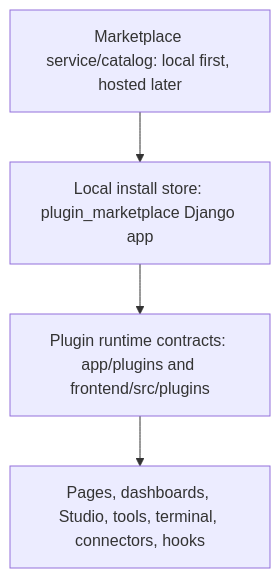
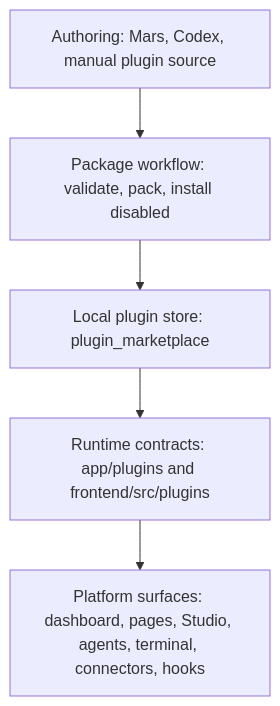
One commit to LLprod39/WebTerm changed the diagram in docs/architecture/PLUGIN_MARKETPLACE_IMPLEMENTATION_PLAN.md. Above: the diagram before and after it, drawn with Mermaid. The commit also changed other lines of this file and 258 other files, not shown here.

Commit message:
Implement self-hosted plugin extensions

````diff
--- a/docs/architecture/PLUGIN_MARKETPLACE_IMPLEMENTATION_PLAN.md
+++ b/docs/architecture/PLUGIN_MARKETPLACE_IMPLEMENTATION_PLAN.md
@@ -74,10 +105,13 @@
 ```mermaid
 flowchart TB
-    Runtime["Plugin runtime contracts: app/plugins and frontend/src/plugins"]
-    Store["Local install store: plugin_marketplace Django app"]
-    Market["Marketplace service/catalog: local first, hosted later"]
+    Author["Authoring: Mars, Codex, manual plugin source"]
+    Package["Package workflow: validate, pack, install disabled"]
+    Store["Local plugin store: plugin_marketplace"]
+    Runtime["Runtime contracts: app/plugins and frontend/src/plugins"]
+    Surfaces["Platform surfaces: dashboard, pages, Studio, agents, terminal, connectors, hooks"]
 
-    Market --> Store
+    Author --> Package
+    Package --> Store
     Store --> Runtime
-    Runtime --> Surfaces["Pages, dashboards, Studio, tools, terminal, connectors, hooks"]
+    Runtime --> Surfaces
 ```
````
